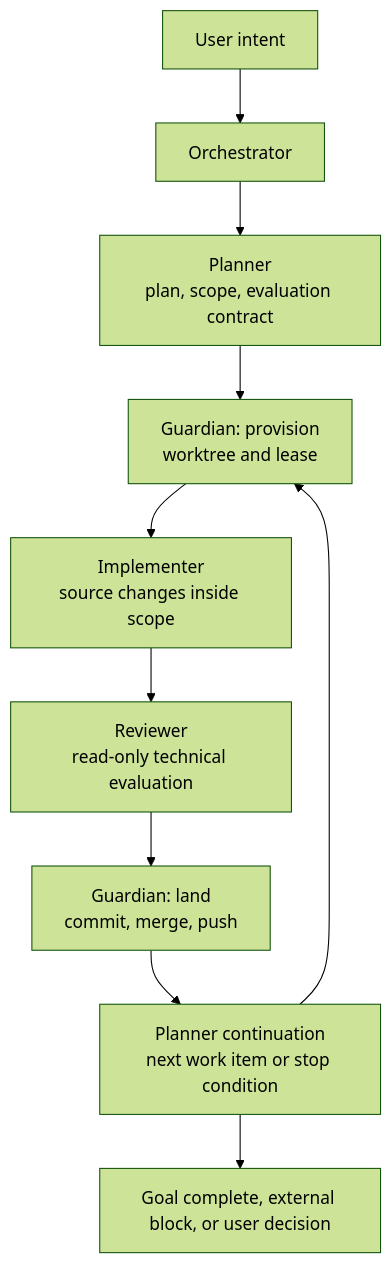
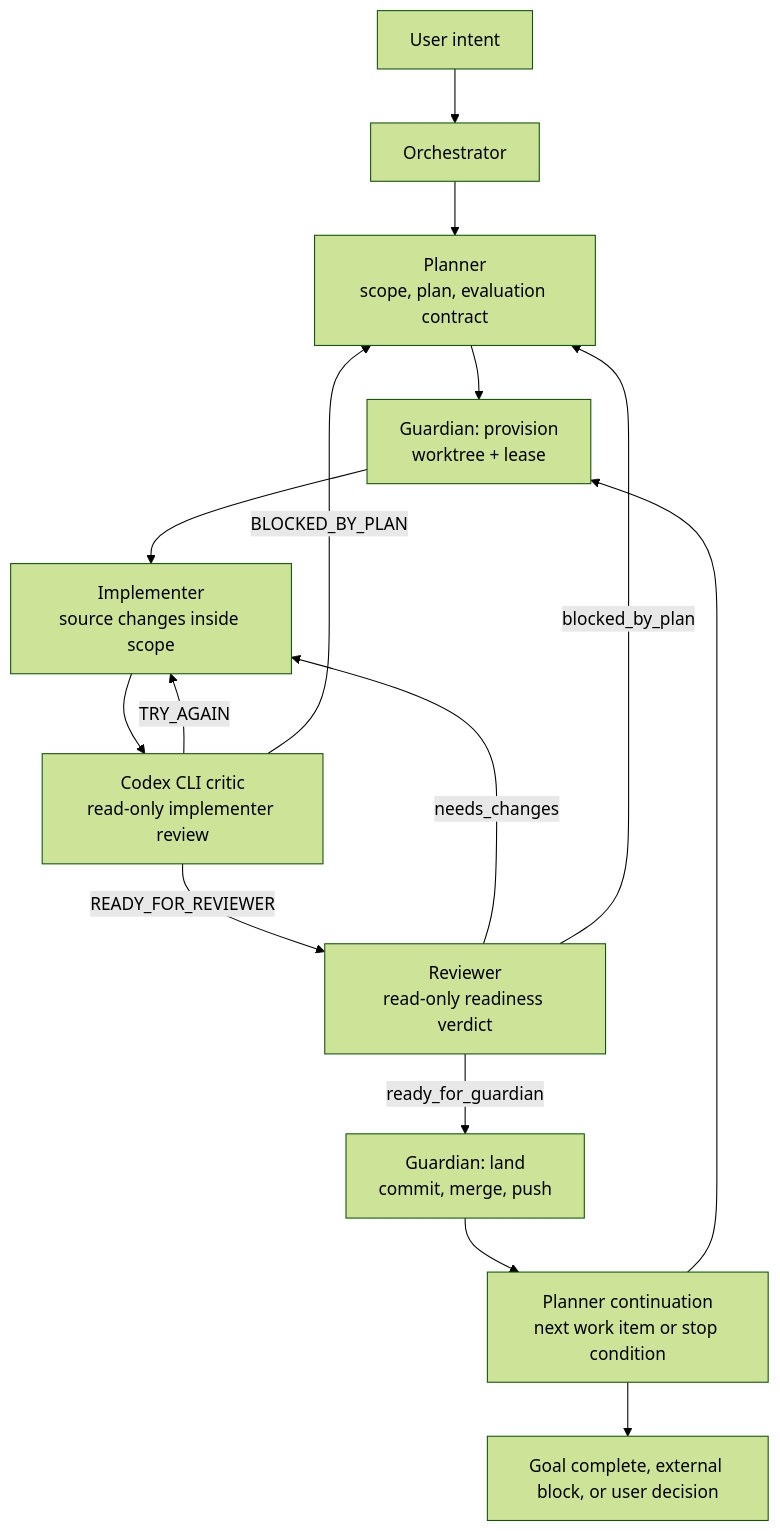
Before and after one commit to juanandresgs/claude-ctrl: the first of 2 diagrams in README.md, drawn with Mermaid (forest theme). The commit also changed other lines of this file and 130 other files, not shown here.

````diff
--- a/README.md
+++ b/README.md
@@ -108,12 +77,17 @@
 ```mermaid
 flowchart TD
     U["User intent"] --> O["Orchestrator"]
-    O --> P["Planner<br/>plan, scope, evaluation contract"]
-    P --> GP["Guardian: provision<br/>worktree and lease"]
+    O --> P["Planner<br/>scope, plan, evaluation contract"]
+    P --> GP["Guardian: provision<br/>worktree + lease"]
     GP --> I["Implementer<br/>source changes inside scope"]
-    I --> R["Reviewer<br/>read-only technical evaluation"]
-    R --> GL["Guardian: land<br/>commit, merge, push"]
+    I --> C["Codex CLI critic<br/>read-only implementer review"]
+    C -->|"TRY_AGAIN"| I
+    C -->|"BLOCKED_BY_PLAN"| P
+    C -->|"READY_FOR_REVIEWER"| R["Reviewer<br/>read-only readiness verdict"]
+    R -->|"needs_changes"| I
+    R -->|"blocked_by_plan"| P
+    R -->|"ready_for_guardian"| GL["Guardian: land<br/>commit, merge, push"]
     GL --> PC["Planner continuation<br/>next work item or stop condition"]
     PC --> GP
-    PC --> T["Goal complete, external block, or user decision"]
+    PC --> Done["Goal complete, external block, or user decision"]
 ```
````
